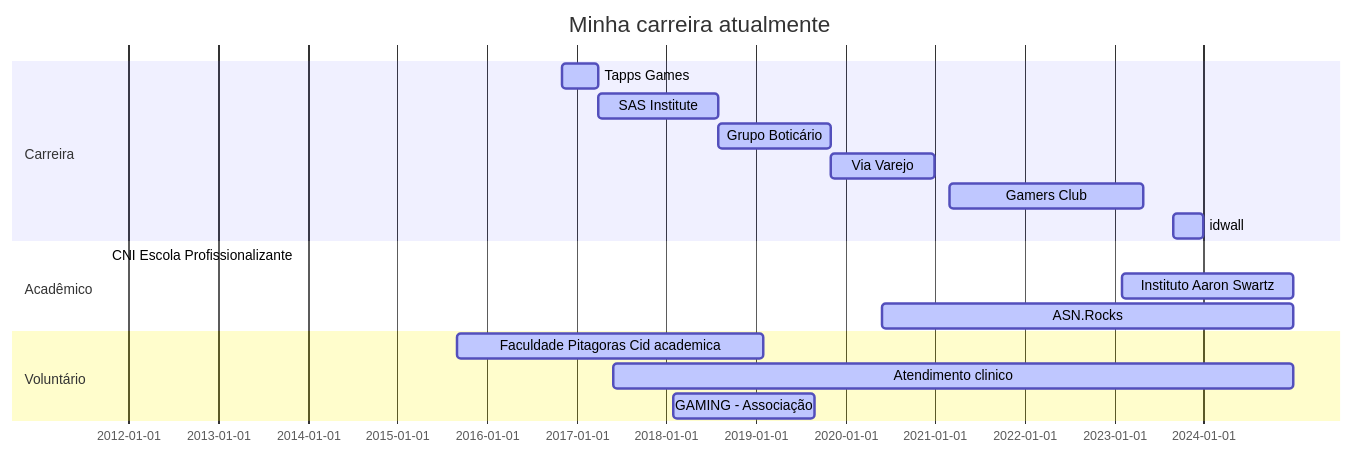
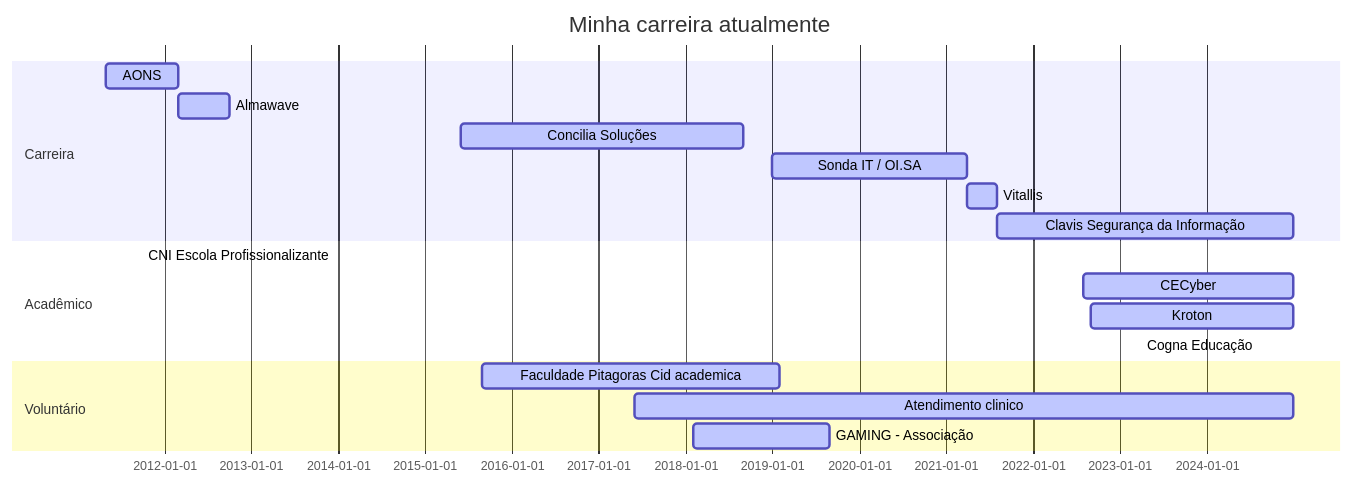
The diagram in README.md (Ridd1kulusC0d3r/Ridd1kulusC0d3r), drawn with Mermaid before and after one commit.

````diff
--- a/README.md
+++ b/README.md
@@ -9,24 +9,25 @@
 ```mermaid
 
 gantt
 dateFormat  YYYY-MM-DD
 title Minha carreira atualmente
 
 section Carreira
-Tapps Games           :active,, 2016-11-01,2017-04-01
-SAS Institute         :active,, 2017-04-01,2018-08-01
-Grupo Boticário       :active,, 2018-08-01,2019-11-01
-Via Varejo            :active,, 2019-11-01,2021-01-01
-Gamers Club           :active,, 2021-03-01,2023-05-01
-idwall                :active,, 2023-09-01,2023-12-31
+AONS           :active,, 2011-05-01,2012-03-01
+Almawave          :active,, 2012-03-01,2012-10-01
+Concilia Soluções       :active,, 2015-06-01,2018-09-01
+Sonda IT / OI.SA           :active,, 2019-01-01,2021-04-01
+Vitallis           :active,, 2021-04-01,2021-08-01
+Clavis Segurança da Informação                :active,, 2021-08-01,2024-12-31
 
 section Acadêmico
 CNI Escola Profissionalizante            :active,, 2011-10-01,2012-02-31
-Instituto Aaron Swartz :active,, 2023-02-01,2024-12-31
-ASN.Rocks              :active,, 2020-06-01,2024-12-31
+CECyber :active,, 2022-08-01,2024-12-31
+Kroton              :active,, 2022-09-01,2024-12-31
+Cogna Educação      :active,, 2023-04-01,2023-09-31
 
 section Voluntário
 Faculdade Pitagoras Cid academica :active,, 2015-09-01,2019-01-31
 Atendimento clinico    :active,, 2017-06-01,2024-12-31
 GAMING - Associação :active,, 2018-02-01,2019-08-31
 ```
````
